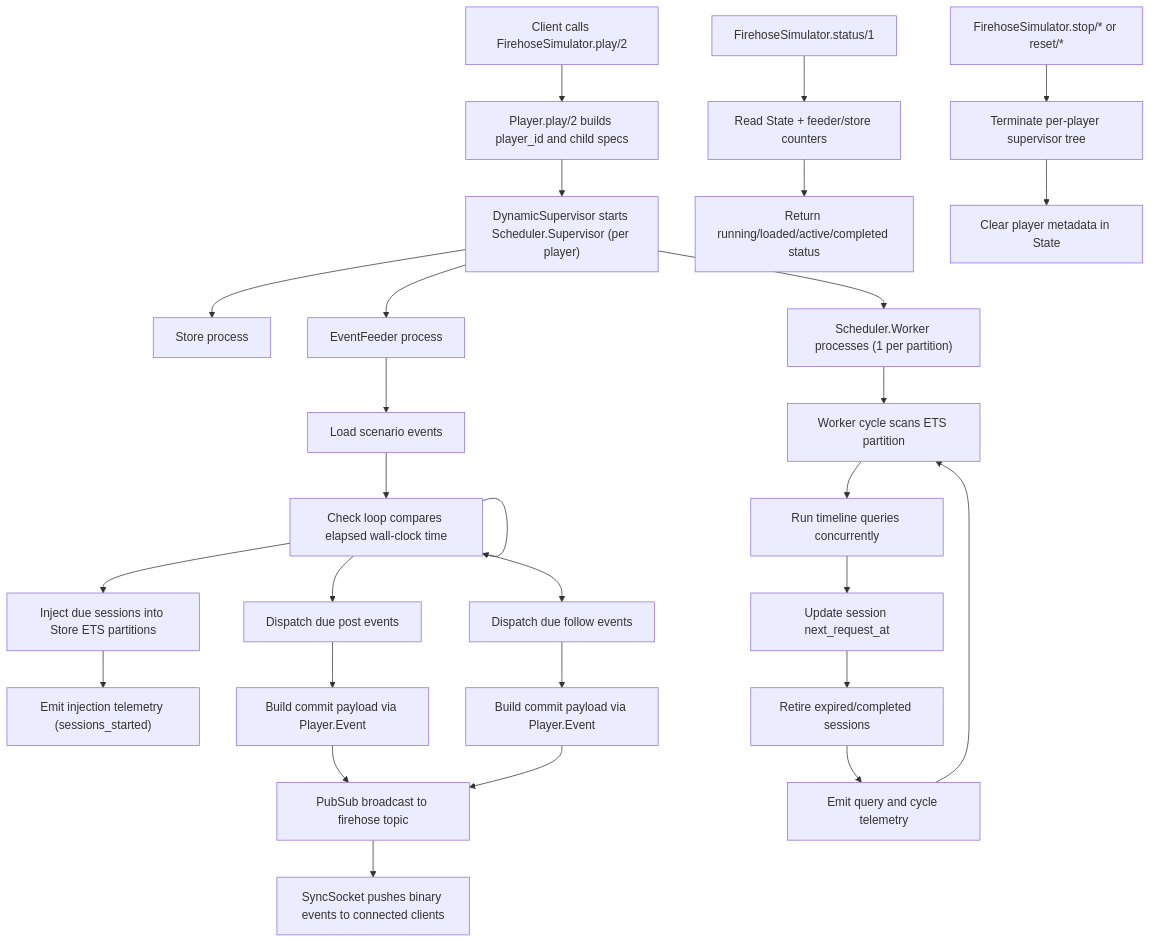
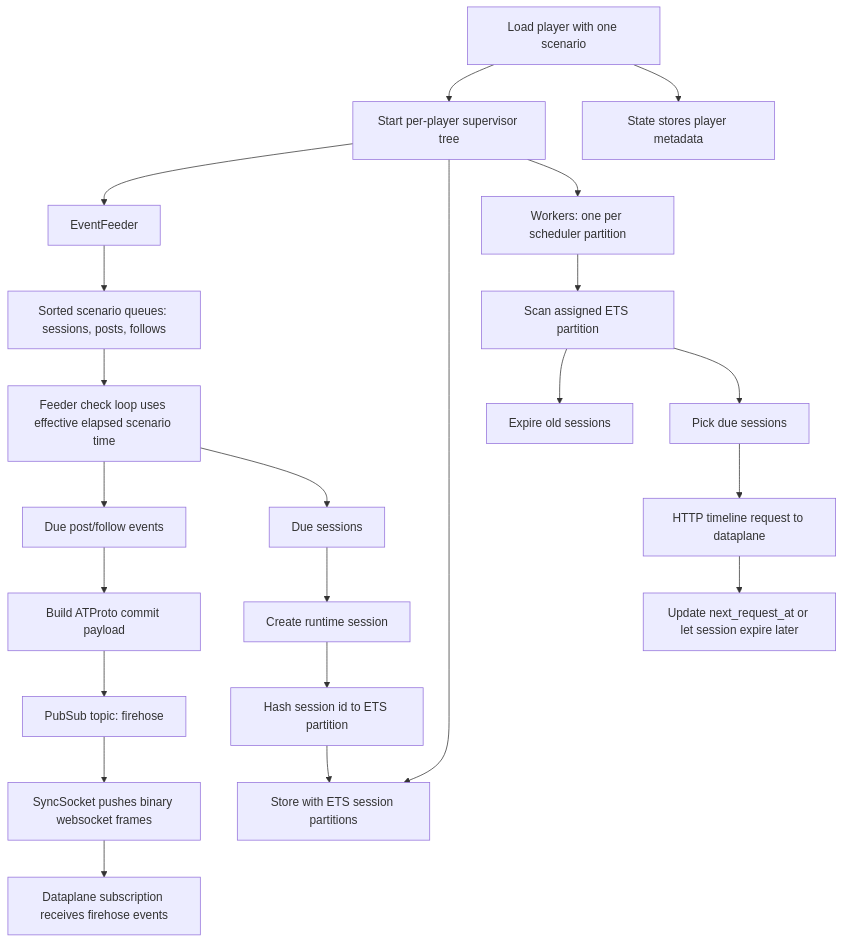
One commit to bitcrowd/ATProto_firehose_simulator changed the diagram in docs/player.md. Above: the diagram before and after it, drawn with Mermaid. The commit also changed other lines of this file and 1 other file, not shown here.

````diff
--- a/docs/player.md
+++ b/docs/player.md
@@ -55,34 +66,28 @@
 ```mermaid
 flowchart TD
-  A["Client calls FirehoseSimulator.play/2"] --> B["Player.play/2 builds player_id and child specs"]
-  B --> C["DynamicSupervisor starts Scheduler.Supervisor (per player)"]
-  C --> D["Store process"]
-  C --> E["EventFeeder process"]
-  C --> F["Scheduler.Worker processes (1 per partition)"]
+  A["Load player with one scenario"] --> B["Start per-player supervisor tree"]
+  B --> C["EventFeeder"]
+  B --> D["Store with ETS session partitions"]
+  B --> E["Workers: one per scheduler partition"]
+  A --> F["State stores player metadata"]
 
-  E --> G["Load scenario events"]
-  G --> H["Check loop compares elapsed wall-clock time"]
-  H --> I["Inject due sessions into Store ETS partitions"]
-  I --> J["Emit injection telemetry (sessions_started)"]
-  H --> K["Dispatch due post events"]
-  H --> L["Dispatch due follow events"]
-  K --> M["Build commit payload via Player.Event"]
-  L --> N["Build commit payload via Player.Event"]
-  M --> O["PubSub broadcast to firehose topic"]
-  N --> O
-  O --> P["SyncSocket pushes binary events to connected clients"]
-  H --> H
+  C --> G["Sorted scenario queues: sessions, posts, follows"]
+  G --> H["Feeder check loop uses effective elapsed scenario time"]
 
-  F --> Q["Worker cycle scans ETS partition"]
-  Q --> R["Run timeline queries concurrently"]
-  R --> S["Update session next_request_at"]
-  S --> T["Retire expired/completed sessions"]
-  T --> U["Emit query and cycle telemetry"]
-  U --> Q
+  H --> I["Due post/follow events"]
+  I --> J["Build ATProto commit payload"]
+  J --> K["PubSub topic: firehose"]
+  K --> L["SyncSocket pushes binary websocket frames"]
+  L --> M["Dataplane subscription receives firehose events"]
 
-  V["FirehoseSimulator.status/1"] --> W["Read State + feeder/store counters"]
-  W --> X["Return running/loaded/active/completed status"]
+  H --> N["Due sessions"]
+  N --> O["Create runtime session"]
+  O --> P["Hash session id to ETS partition"]
+  P --> D
 
-  Y["FirehoseSimulator.stop/* or reset/*"] --> Z["Terminate per-player supervisor tree"]
-  Z --> AA["Clear player metadata in State"]
+  E --> Q["Scan assigned ETS partition"]
+  Q --> R["Expire old sessions"]
+  Q --> S["Pick due sessions"]
+  S --> T["HTTP timeline request to dataplane"]
+  T --> U["Update next_request_at or let session expire later"]
 ```
````
